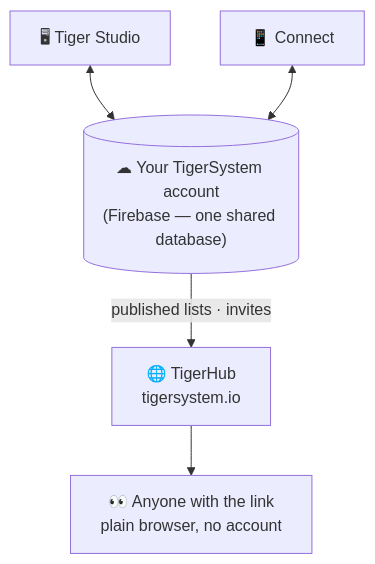
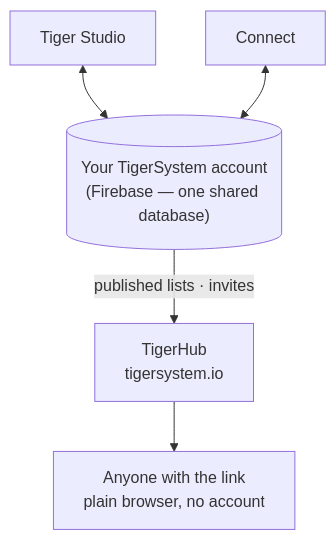
The diagram in docs/products/tigerhub.md (TigerTag-Project/TigerSystem-Docs), drawn with Mermaid before and after one commit. The commit also changed other lines of this file and 56 other files, not shown here.

Commit message:
Ban emoji from the docs (founder rule): SVG icons and brand logos everywhere instead — recolored link icons, gray printer-brand logos on the compatibility pages, plain-text statuses; includes the concurrent .ttag import-spec refinements

````diff
--- a/docs/products/tigerhub.md
+++ b/docs/products/tigerhub.md
@@ -15,6 +15,6 @@
 ```mermaid
 flowchart TB
-    ST["🖥 Tiger Studio"] & CO["📱 Connect"] <--> FB[("☁ Your TigerSystem account<br/>(Firebase — one shared database)")]
-    FB -- "published lists · invites" --> HUB["🌐 TigerHub<br/>tigersystem.io"]
-    HUB --> VIS["👀 Anyone with the link<br/>plain browser, no account"]
+  ST["Tiger Studio"] & CO["Connect"] <--> FB[("Your TigerSystem account<br/>(Firebase — one shared database)")]
+  FB -- "published lists · invites" --> HUB["TigerHub<br/>tigersystem.io"]
+  HUB --> VIS["Anyone with the link<br/>plain browser, no account"]
 ```
````
